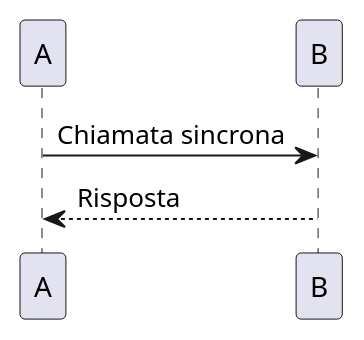
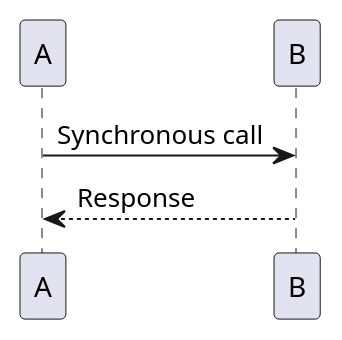
The third of 32 diagrams in 03-behavioral-diagrams/sequence-diagrams/README.md (Seniorsimo/sas-template), drawn with PlantUML before and after one commit. The commit also changed other lines of this file and 49 other files, not shown here.

````diff
--- a/03-behavioral-diagrams/sequence-diagrams/README.md
+++ b/03-behavioral-diagrams/sequence-diagrams/README.md
@@ -39,4 +39,4 @@
 ```plantuml
-A -> B: Chiamata sincrona
-A <-- B: Risposta
+A -> B: Synchronous call
+A <-- B: Response
 ```
````
